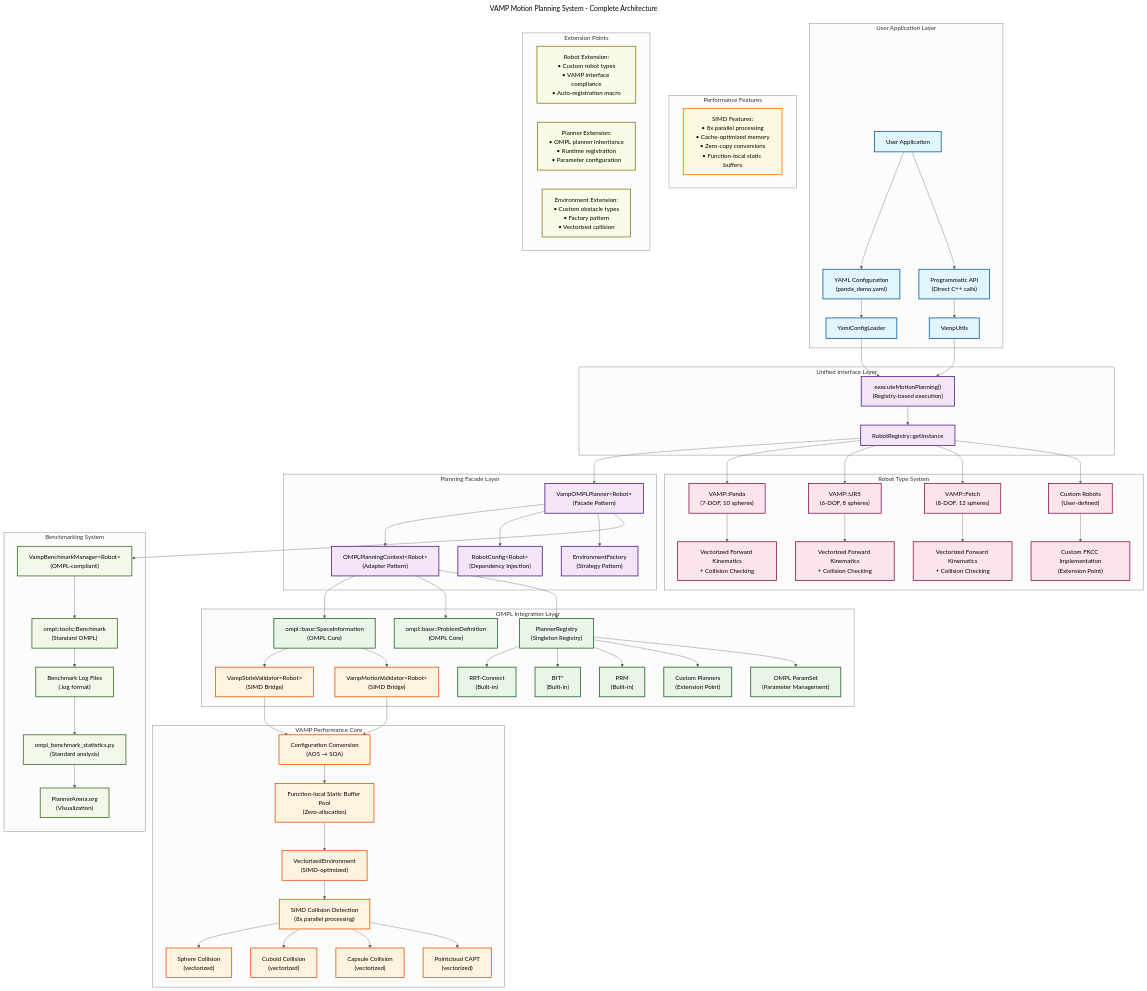
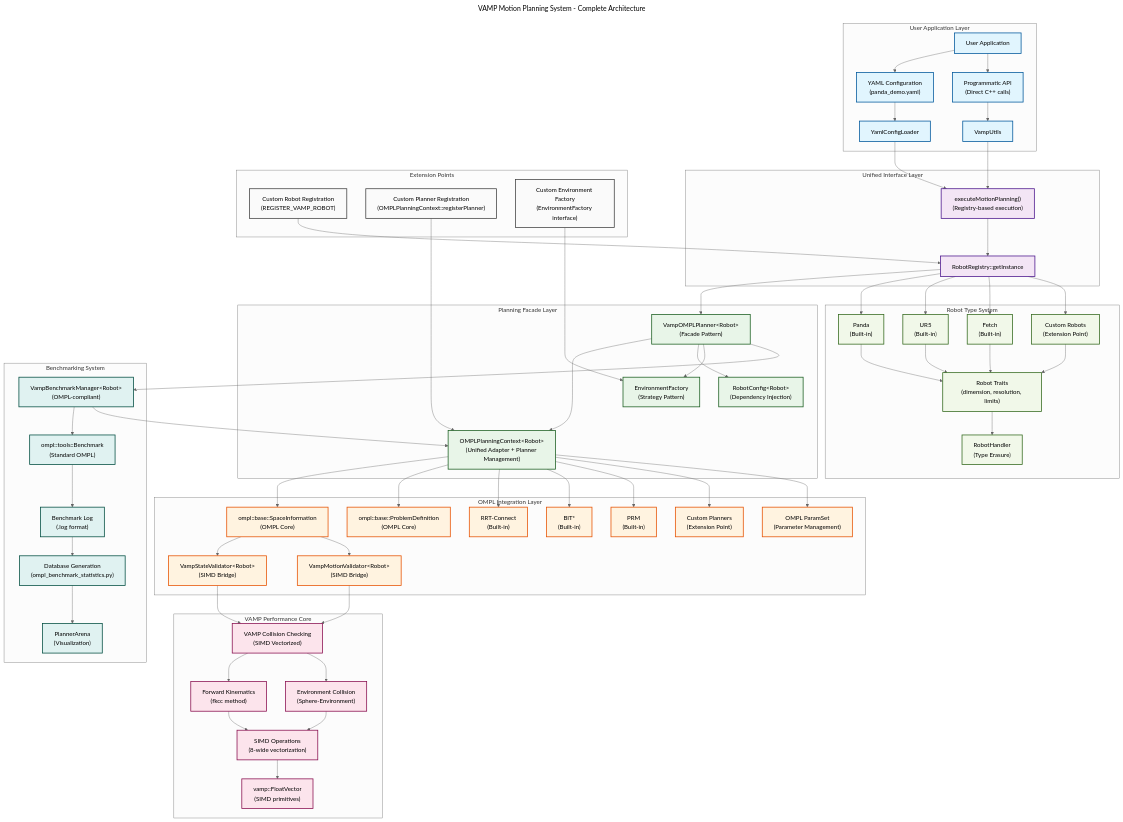
Before and after one commit to ompl/ompl: the diagram in doc/markdown/vamp/diagrams/01-system-architecture-overview.mmd, drawn with Mermaid (neutral theme). The commit also changed 20 other files, not shown here.

```diff
--- a/doc/markdown/vamp/diagrams/01-system-architecture-overview.mmd
+++ b/doc/markdown/vamp/diagrams/01-system-architecture-overview.mmd
@@ -1,111 +1,113 @@
 ---
 title: "VAMP Motion Planning System - Complete Architecture"
 ---
 graph TB
     %% User Interface Layer
     subgraph "User Application Layer"
         A[User Application] --> B["YAML Configuration<br/>(panda_demo.yaml)"]
         A --> C["Programmatic API<br/>(Direct C++ calls)"]
         B --> YL[YamlConfigLoader]
         C --> VU[VampUtils]
     end
     
     %% Unified Interface Layer
     subgraph "Unified Interface Layer"
         YL --> ER["executeMotionPlanning()<br/>(Registry-based execution)"]
         VU --> ER
         ER --> RR[RobotRegistry::getInstance]
     end
     
     %% Planning Facade Layer
     subgraph "Planning Facade Layer"
         RR --> VOP["VampOMPLPlanner&lt;Robot&gt;<br/>(Facade Pattern)"]
-        VOP --> OPC["OMPLPlanningContext&lt;Robot&gt;<br/>(Adapter Pattern)"]
+        VOP --> OPC["OMPLPlanningContext&lt;Robot&gt;<br/>(Unified Adapter + Planner Management)"]
         VOP --> RC["RobotConfig&lt;Robot&gt;<br/>(Dependency Injection)"]
         VOP --> EF["EnvironmentFactory<br/>(Strategy Pattern)"]
     end
     
     %% OMPL Integration Layer
     subgraph "OMPL Integration Layer"
         OPC --> SI["ompl::base::SpaceInformation<br/>(OMPL Core)"]
         OPC --> PD["ompl::base::ProblemDefinition<br/>(OMPL Core)"]
-        OPC --> PR["PlannerRegistry<br/>(Singleton Registry)"]
         
         SI --> VSV["VampStateValidator&lt;Robot&gt;<br/>(SIMD Bridge)"]
         SI --> VMV["VampMotionValidator&lt;Robot&gt;<br/>(SIMD Bridge)"]
         
-        PR --> OP1["RRT-Connect<br/>(Built-in)"]
-        PR --> OP2["BIT*<br/>(Built-in)"]
-        PR --> OP3["PRM<br/>(Built-in)"]
-        PR --> OPN["Custom Planners<br/>(Extension Point)"]
+        %% Integrated Planner Management (now part of OMPLPlanningContext)
+        OPC --> OP1["RRT-Connect<br/>(Built-in)"]
+        OPC --> OP2["BIT*<br/>(Built-in)"]
+        OPC --> OP3["PRM<br/>(Built-in)"]
+        OPC --> OPN["Custom Planners<br/>(Extension Point)"]
         
-        PR --> PM["OMPL ParamSet<br/>(Parameter Management)"]
+        OPC --> PM["OMPL ParamSet<br/>(Parameter Management)"]
     end
     
     %% VAMP Performance Core
     subgraph "VAMP Performance Core"
-        VSV --> CC["Configuration Conversion<br/>(AOS → SOA)"]
-        VMV --> CC
-        CC --> TLB["Function-local Static Buffer Pool<br/>(Zero-allocation)"]
-        TLB --> VE["VectorizedEnvironment<br/>(SIMD-optimized)"]
+        VSV --> VCC["VAMP Collision Checking<br/>(SIMD Vectorized)"]
+        VMV --> VCC
         
-        VE --> SC["SIMD Collision Detection<br/>(8x parallel processing)"]
-        SC --> SPHERE["Sphere Collision<br/>(vectorized)"]
-        SC --> CUBOID["Cuboid Collision<br/>(vectorized)"]
-        SC --> CAPSULE["Capsule Collision<br/>(vectorized)"]
-        SC --> CLOUD["Pointcloud CAPT<br/>(vectorized)"]
+        VCC --> FKC["Forward Kinematics<br/>(fkcc method)"]
+        VCC --> ENV["Environment Collision<br/>(Sphere-Environment)"]
+        
+        FKC --> SIMD["SIMD Operations<br/>(8-wide vectorization)"]
+        ENV --> SIMD
+        
+        SIMD --> VF["vamp::FloatVector<br/>(SIMD primitives)"]
     end
     
     %% Robot Type System
     subgraph "Robot Type System"
-        RR --> RT1["VAMP::Panda<br/>(7-DOF, 10 spheres)"]
-        RR --> RT2["VAMP::UR5<br/>(6-DOF, 8 spheres)"]
-        RR --> RT3["VAMP::Fetch<br/>(8-DOF, 12 spheres)"]
-        RR --> RTC["Custom Robots<br/>(User-defined)"]
+        RR --> BR1["Panda<br/>(Built-in)"]
+        RR --> BR2["UR5<br/>(Built-in)"]
+        RR --> BR3["Fetch<br/>(Built-in)"]
+        RR --> CR["Custom Robots<br/>(Extension Point)"]
         
-        RT1 --> FKCC1["Vectorized Forward Kinematics<br/>+ Collision Checking"]
-        RT2 --> FKCC2["Vectorized Forward Kinematics<br/>+ Collision Checking"]
-        RT3 --> FKCC3["Vectorized Forward Kinematics<br/>+ Collision Checking"]
-        RTC --> FKCCC["Custom FKCC Implementation<br/>(Extension Point)"]
+        BR1 --> RT["Robot Traits<br/>(dimension, resolution, limits)"]
+        BR2 --> RT
+        BR3 --> RT
+        CR --> RT
+        
+        RT --> RH["RobotHandler<br/>(Type Erasure)"]
     end
     
     %% Benchmarking System
     subgraph "Benchmarking System"
-        VOP --> VBM["VampBenchmarkManager&lt;Robot&gt;<br/>(OMPL-compliant)"]
-        VBM --> OB["ompl::tools::Benchmark<br/>(Standard OMPL)"]
-        OB --> BL["Benchmark Log Files<br/>(.log format)"]
-        BL --> OBS["ompl_benchmark_statistics.py<br/>(Standard analysis)"]
-        OBS --> PA["PlannerArena.org<br/>(Visualization)"]
-    end
-    
-    %% Performance Features
-    subgraph "Performance Features"
-        SIMD_FEAT["SIMD Features:<br/>• 8x parallel processing<br/>• Cache-optimized memory<br/>• Zero-copy conversions<br/>• Function-local static buffers"]
+        VOP --> BM["VampBenchmarkManager&lt;Robot&gt;<br/>(OMPL-compliant)"]
+        BM --> OB["ompl::tools::Benchmark<br/>(Standard OMPL)"]
+        BM --> OPC
+        
+        OB --> LOG["Benchmark Log<br/>(.log format)"]
+        LOG --> DB["Database Generation<br/>(ompl_benchmark_statistics.py)"]
+        DB --> PA["PlannerArena<br/>(Visualization)"]
     end
     
     %% Extension Points
     subgraph "Extension Points"
-        EXT_ROBOT["Robot Extension:<br/>• Custom robot types<br/>• VAMP interface compliance<br/>• Auto-registration macro"]
-        EXT_PLAN["Planner Extension:<br/>• OMPL planner inheritance<br/>• Runtime registration<br/>• Parameter configuration"]
-        EXT_ENV["Environment Extension:<br/>• Custom obstacle types<br/>• Factory pattern<br/>• Vectorized collision"]
+        EP1["Custom Robot Registration<br/>(REGISTER_VAMP_ROBOT)"]
+        EP2["Custom Planner Registration<br/>(OMPLPlanningContext::registerPlanner)"]
+        EP3["Custom Environment Factory<br/>(EnvironmentFactory interface)"]
+        
+        EP1 --> RR
+        EP2 --> OPC
+        EP3 --> EF
     end
     
-    %% Style definitions
+    %% Styling
     classDef userLayer fill:#e1f5fe,stroke:#01579b,stroke-width:2px
-    classDef facadeLayer fill:#f3e5f5,stroke:#4a148c,stroke-width:2px
-    classDef omplLayer fill:#e8f5e8,stroke:#1b5e20,stroke-width:2px
-    classDef vampLayer fill:#fff3e0,stroke:#e65100,stroke-width:2px
-    classDef robotLayer fill:#fce4ec,stroke:#880e4f,stroke-width:2px
-    classDef benchLayer fill:#f1f8e9,stroke:#33691e,stroke-width:2px
-    classDef perfLayer fill:#fff8e1,stroke:#ff6f00,stroke-width:2px
-    classDef extLayer fill:#f9fbe7,stroke:#827717,stroke-width:2px
+    classDef unifiedLayer fill:#f3e5f5,stroke:#4a148c,stroke-width:2px
+    classDef facadeLayer fill:#e8f5e8,stroke:#1b5e20,stroke-width:2px
+    classDef omplLayer fill:#fff3e0,stroke:#e65100,stroke-width:2px
+    classDef vampLayer fill:#fce4ec,stroke:#880e4f,stroke-width:2px
+    classDef robotLayer fill:#f1f8e9,stroke:#33691e,stroke-width:2px
+    classDef benchLayer fill:#e0f2f1,stroke:#004d40,stroke-width:2px
+    classDef extLayer fill:#fafafa,stroke:#424242,stroke-width:2px
     
-    %% Apply styles
     class A,B,C,YL,VU userLayer
-    class ER,RR,VOP,OPC,RC,EF facadeLayer
-    class SI,PD,PR,OP1,OP2,OP3,OPN,PM omplLayer
-    class VSV,VMV,CC,TLB,VE,SC,SPHERE,CUBOID,CAPSULE,CLOUD vampLayer
-    class RT1,RT2,RT3,RTC,FKCC1,FKCC2,FKCC3,FKCCC robotLayer
-    class VBM,OB,BL,OBS,PA benchLayer
-    class SIMD_FEAT perfLayer
-    class EXT_ROBOT,EXT_PLAN,EXT_ENV extLayer
+    class ER,RR unifiedLayer
+    class VOP,OPC,RC,EF facadeLayer
+    class SI,PD,VSV,VMV,OP1,OP2,OP3,OPN,PM omplLayer
+    class VCC,FKC,ENV,SIMD,VF vampLayer
+    class BR1,BR2,BR3,CR,RT,RH robotLayer
+    class BM,OB,LOG,DB,PA benchLayer
+    class EP1,EP2,EP3 extLayer
```
